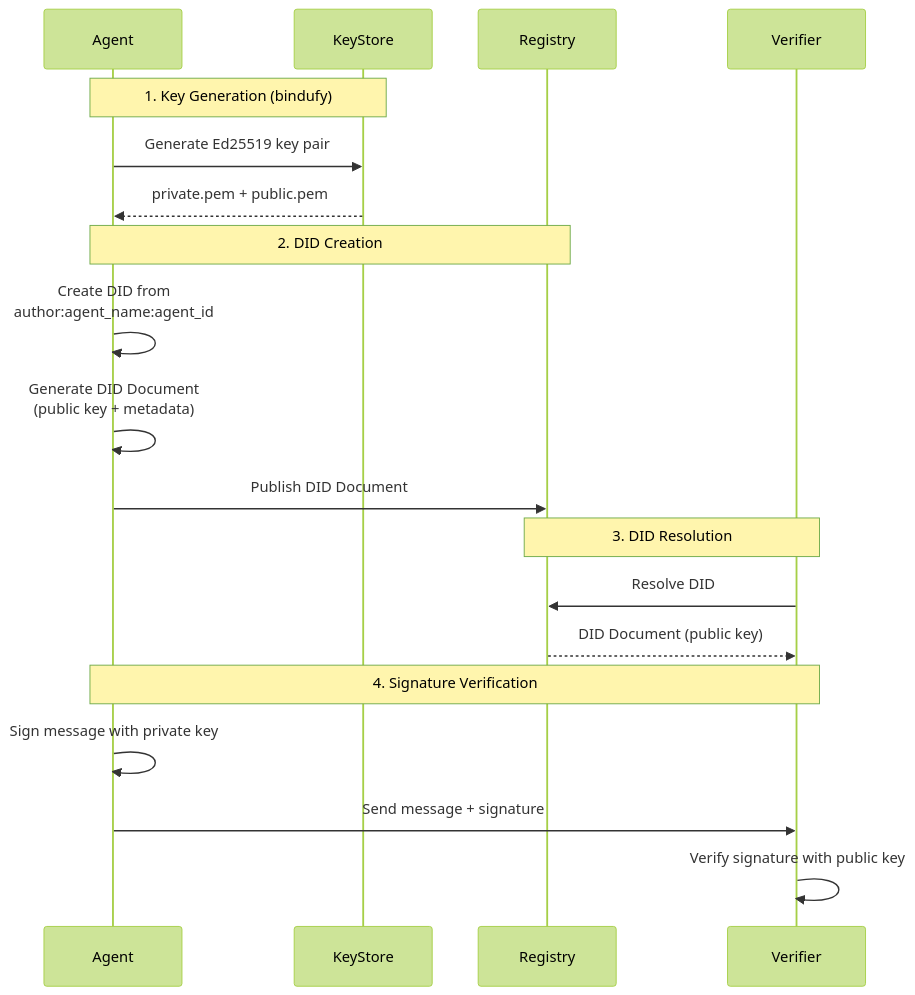
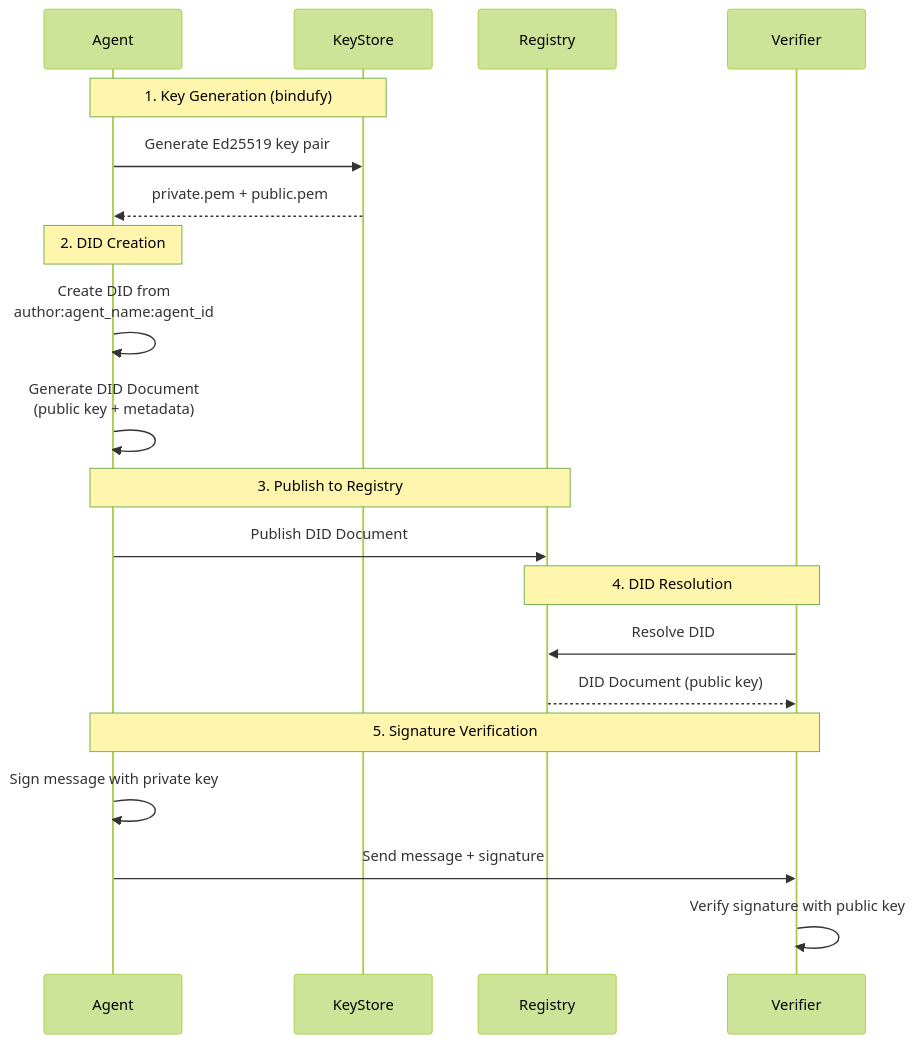
The diagram in docs/DID.md (CODEBRAKERBOYY/Bindu), drawn with Mermaid (forest theme) before and after one commit.

Commit message:
chore: refine DID lifecycle sequence diagram step numbering and grouping
Split DID creation into separate local creation (step 2) and registry publication (step 3) phases. Renumber DID resolution to step 4 and signature verification to step 5. Adjust note positioning to better reflect operation scope.

````diff
--- a/docs/DID.md
+++ b/docs/DID.md
@@ -87,25 +87,27 @@
 ```mermaid
 sequenceDiagram
     participant Agent
     participant KeyStore
     participant Registry
     participant Verifier
 
     Note over Agent,KeyStore: 1. Key Generation (bindufy)
     Agent->>KeyStore: Generate Ed25519 key pair
     KeyStore-->>Agent: private.pem + public.pem
 
-    Note over Agent,Registry: 2. DID Creation
+    Note over Agent: 2. DID Creation
     Agent->>Agent: Create DID from<br/>author:agent_name:agent_id
     Agent->>Agent: Generate DID Document<br/>(public key + metadata)
+
+    Note over Agent,Registry: 3. Publish to Registry
     Agent->>Registry: Publish DID Document
 
-    Note over Verifier,Registry: 3. DID Resolution
+    Note over Verifier,Registry: 4. DID Resolution
     Verifier->>Registry: Resolve DID
     Registry-->>Verifier: DID Document (public key)
 
-    Note over Agent,Verifier: 4. Signature Verification
+    Note over Agent,Verifier: 5. Signature Verification
     Agent->>Agent: Sign message with private key
     Agent->>Verifier: Send message + signature
     Verifier->>Verifier: Verify signature with public key
 ```
````
